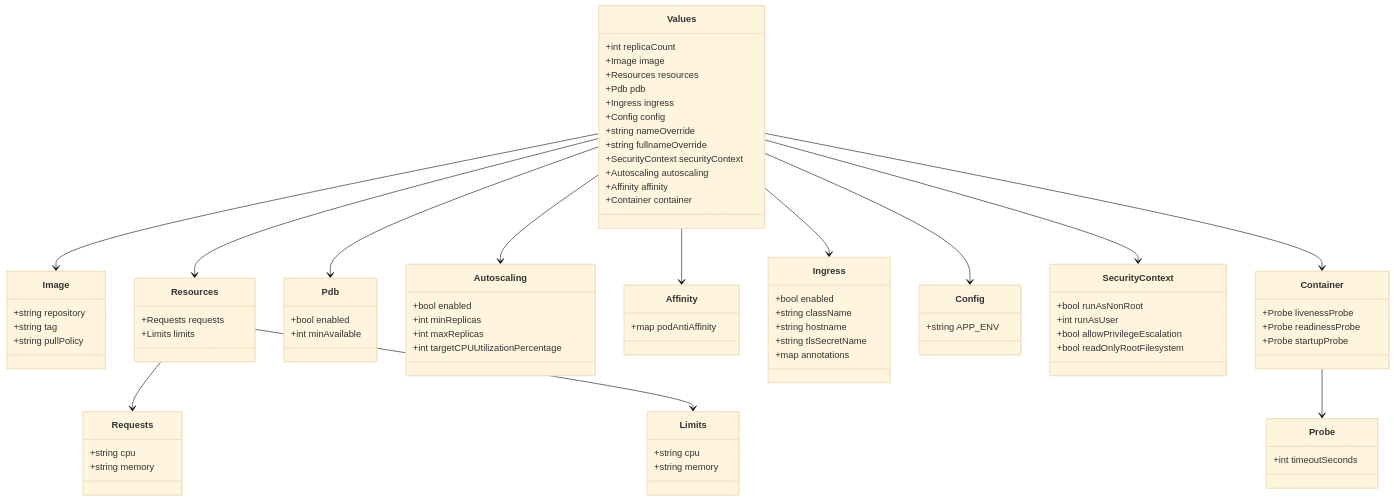
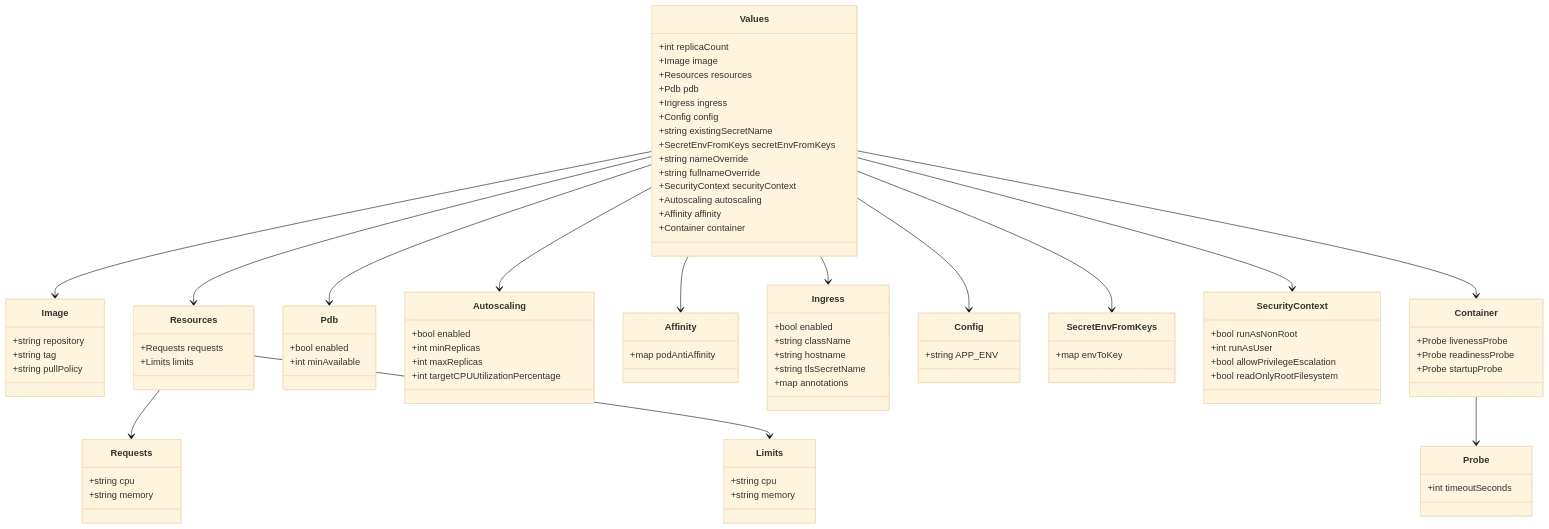
Before and after one commit to leynos/wildside: the second of 4 diagrams in docs/repository-structure.md, drawn with Mermaid (base theme). The commit also changed other lines of this file and 4 other files, not shown here.

```diff
--- a/docs/repository-structure.md
+++ b/docs/repository-structure.md
@@ -134,6 +134,8 @@
       +Pdb pdb
       +Ingress ingress
       +Config config
+      +string existingSecretName
+      +SecretEnvFromKeys secretEnvFromKeys
       +string nameOverride
       +string fullnameOverride
       +SecurityContext securityContext
@@ -181,6 +183,9 @@
     class Config {
       +string APP_ENV
     }
+    class SecretEnvFromKeys {
+      +map<string,string> envToKey
+    }
     class SecurityContext {
       +bool runAsNonRoot
       +int runAsUser
@@ -202,6 +207,7 @@
     Values --> Pdb
     Values --> Ingress
     Values --> Config
+    Values --> SecretEnvFromKeys
     Values --> SecurityContext
     Values --> Autoscaling
     Values --> Affinity
```
